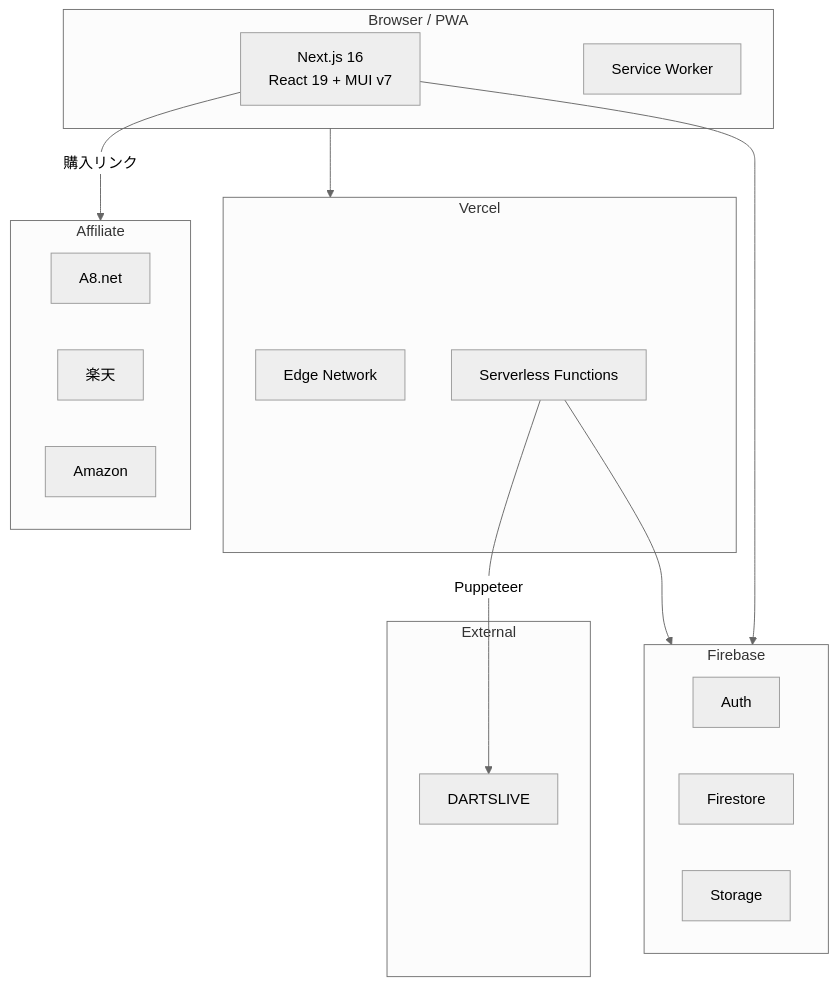
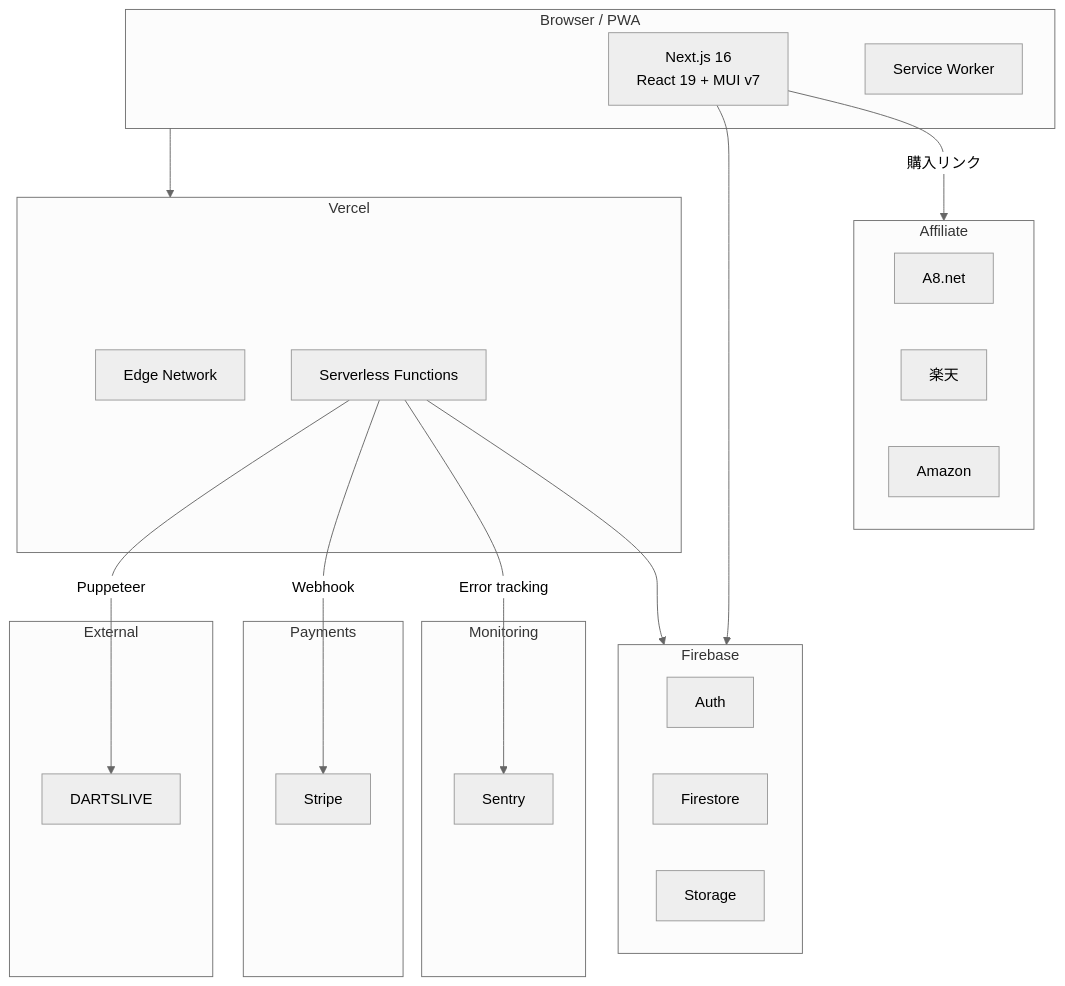
Before and after one commit to seiryuu1215/darts-app: the diagram in README.md, drawn with Mermaid (neutral theme). The commit also changed other lines of this file and 2 other files, not shown here.

````diff
--- a/README.md
+++ b/README.md
@@ -84,34 +119,44 @@
 ```mermaid
 graph TB
     subgraph Client["Browser / PWA"]
         App["Next.js 16<br/>React 19 + MUI v7"]
         SW["Service Worker"]
     end
 
     subgraph Vercel
         Edge["Edge Network"]
         SF["Serverless Functions"]
     end
 
     subgraph Firebase
         Auth["Auth"]
         FS["Firestore"]
         ST["Storage"]
     end
 
+    subgraph Payments
+        Stripe["Stripe"]
+    end
+
+    subgraph Monitoring
+        Sentry["Sentry"]
+    end
+
     subgraph External
         DL["DARTSLIVE"]
     end
 
     subgraph Affiliate
         A8["A8.net"]
         RK["楽天"]
         AZ["Amazon"]
     end
 
     Client --> Vercel
     SF --> Firebase
     SF -->|Puppeteer| DL
+    SF -->|Webhook| Stripe
+    SF -->|Error tracking| Sentry
     App --> Firebase
     App -->|購入リンク| Affiliate
 ```
````
